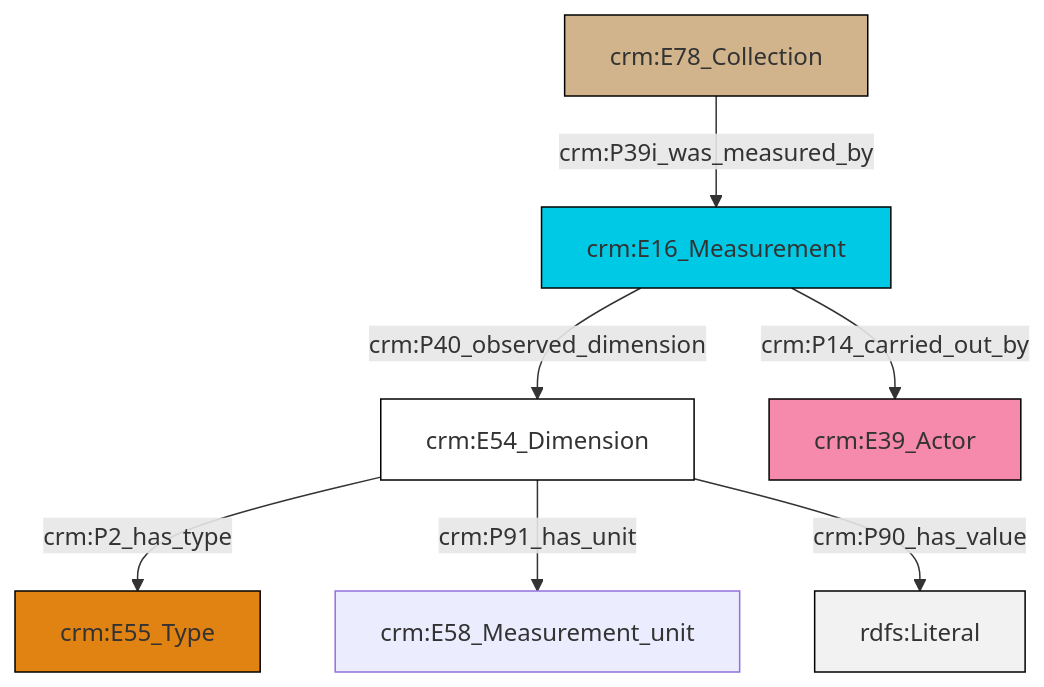
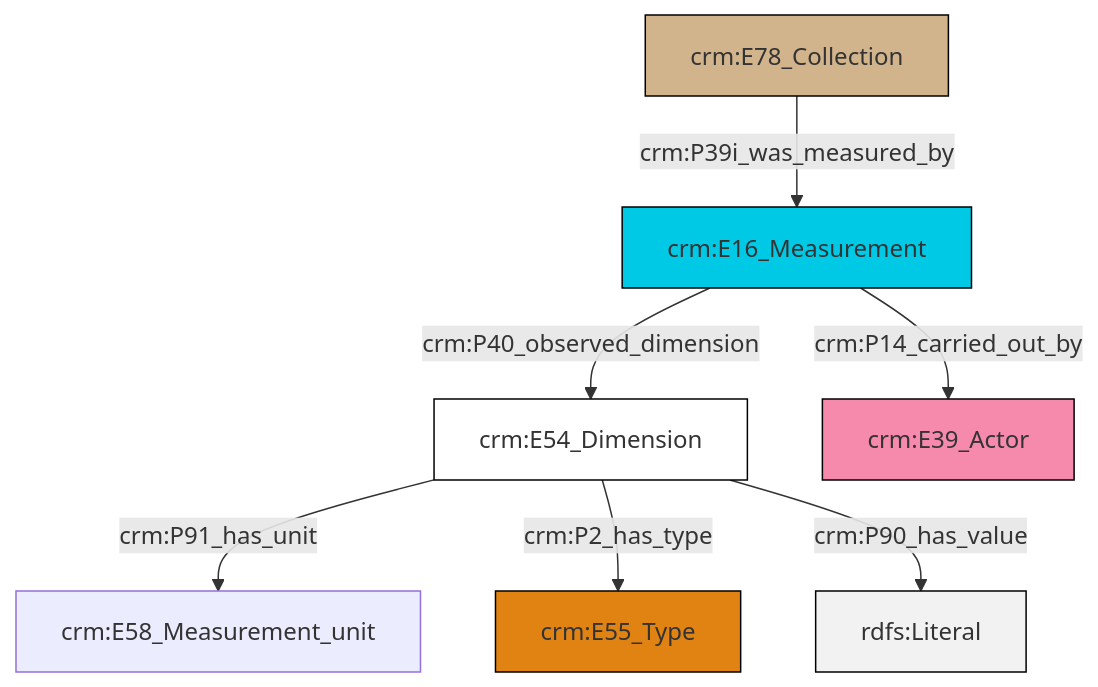
The diagram in et/archivalCSV/ttl/mmd/archival_substance.ttl.mmd (swiss-art-research-net/docs.swissartresearch), drawn with Mermaid before and after one commit. The commit also changed 210 other files, not shown here.

```diff
--- a/et/archivalCSV/ttl/mmd/archival_substance.ttl.mmd
+++ b/et/archivalCSV/ttl/mmd/archival_substance.ttl.mmd
@@ -1,21 +1,21 @@
 graph TD
 classDef Literal fill:#f2f2f2,stroke:#000000;
 classDef CRM_Entity fill:#FFFFFF,stroke:#000000;
 classDef Temporal_Entity fill:#00C9E6, stroke:#000000;
 classDef Type fill:#E18312, stroke:#000000;
 classDef Time-Span fill:#2C9C91, stroke:#000000;
 classDef Appellation fill:#FFEB7F, stroke:#000000;
 classDef Place fill:#008836, stroke:#000000;
 classDef Persistent_Item fill:#B266B2, stroke:#000000;
 classDef Conceptual_Object fill:#FFD700, stroke:#000000;
 classDef Physical_Thing fill:#D2B48C, stroke:#000000;
 classDef Actor fill:#f58aad, stroke:#000000;
 classDef PC_Classes fill:#4ce600, stroke:#000000;
 classDef Multi fill:#cccccc,stroke:#000000;
 
-0["crm:E54_Dimension"]:::CRM_Entity -->|crm:P2_has_type| 1["crm:E55_Type"]:::Type
-2["crm:E78_Collection"]:::Physical_Thing -->|crm:P39i_was_measured_by| 4["crm:E16_Measurement"]:::Temporal_Entity
-0["crm:E54_Dimension"]:::CRM_Entity -->|crm:P91_has_unit| 10["crm:E58_Measurement_unit"]:::Default
-4["crm:E16_Measurement"]:::Temporal_Entity -->|crm:P40_observed_dimension| 0["crm:E54_Dimension"]:::CRM_Entity
-0["crm:E54_Dimension"]:::CRM_Entity -->|crm:P90_has_value| 12[rdfs:Literal]:::Literal
-4["crm:E16_Measurement"]:::Temporal_Entity -->|crm:P14_carried_out_by| 7["crm:E39_Actor"]:::Actor
+0["crm:E54_Dimension"]:::CRM_Entity -->|crm:P91_has_unit| 1["crm:E58_Measurement_unit"]:::Default
+6["crm:E16_Measurement"]:::Temporal_Entity -->|crm:P40_observed_dimension| 0["crm:E54_Dimension"]:::CRM_Entity
+0["crm:E54_Dimension"]:::CRM_Entity -->|crm:P2_has_type| 8["crm:E55_Type"]:::Type
+2["crm:E78_Collection"]:::Physical_Thing -->|crm:P39i_was_measured_by| 6["crm:E16_Measurement"]:::Temporal_Entity
+6["crm:E16_Measurement"]:::Temporal_Entity -->|crm:P14_carried_out_by| 4["crm:E39_Actor"]:::Actor
+0["crm:E54_Dimension"]:::CRM_Entity -->|crm:P90_has_value| 11[rdfs:Literal]:::Literal
```
